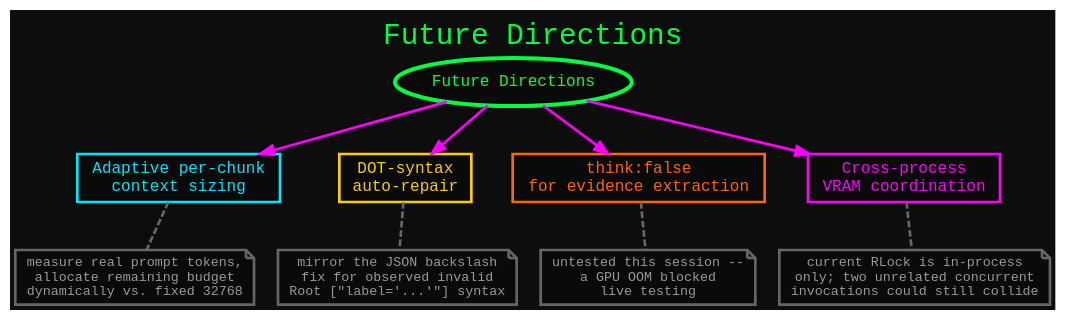
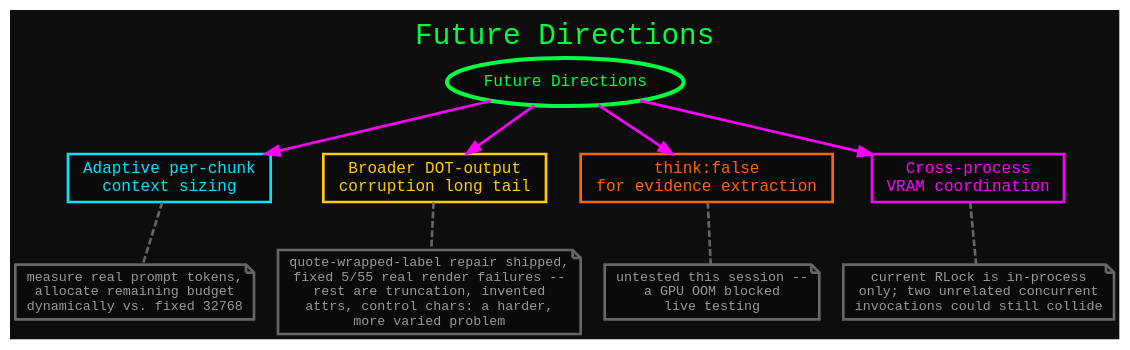
The diagram in diagrams/05_future_directions.dot (danindiana/paper-pipeline), drawn with Graphviz before and after one commit. The commit also changed 8 other files, not shown here.

First line of the commit message:
Add DOT-syntax repair for the quote-wrapped-label pattern

```diff
--- a/diagrams/05_future_directions.dot
+++ b/diagrams/05_future_directions.dot
@@ -1,38 +1,38 @@
 digraph FutureDirections {
   bgcolor="#0d0d0d";
   fontname="Courier New";
   fontcolor="#00FF41";
   rankdir=TB;
   labelloc=t;
   label="Future Directions";
   fontsize=22;
 
   node [shape=box, style=filled, fillcolor="#0a0a0a", color="#00FF41", fontcolor="#00FF41", fontname="Courier New", fontsize=12, penwidth=2];
   edge [color="#FF00FF", penwidth=2.0];
 
   root [label="Future Directions", shape=ellipse, penwidth=3];
 
   f1 [label="Adaptive per-chunk\ncontext sizing", color="#00E5FF", fontcolor="#00E5FF"];
-  f2 [label="DOT-syntax\nauto-repair", color="#ffcc00", fontcolor="#ffcc00"];
+  f2 [label="Broader DOT-output\ncorruption long tail", color="#ffcc00", fontcolor="#ffcc00"];
   f3 [label="think:false\nfor evidence extraction", color="#ff6600", fontcolor="#ff6600"];
   f4 [label="Cross-process\nVRAM coordination", color="#FF00FF", fontcolor="#FF00FF"];
 
   root -> f1;
   root -> f2;
   root -> f3;
   root -> f4;
 
   n1 [shape=note, color="#666666", fontcolor="#999999", fontsize=10,
       label="measure real prompt tokens,\nallocate remaining budget\ndynamically vs. fixed 32768"];
   n2 [shape=note, color="#666666", fontcolor="#999999", fontsize=10,
-      label="mirror the JSON backslash\nfix for observed invalid\nRoot [\"label='...'\"] syntax"];
+      label="quote-wrapped-label repair shipped,\nfixed 5/55 real render failures --\nrest are truncation, invented\nattrs, control chars: a harder,\nmore varied problem"];
   n3 [shape=note, color="#666666", fontcolor="#999999", fontsize=10,
       label="untested this session --\na GPU OOM blocked\nlive testing"];
   n4 [shape=note, color="#666666", fontcolor="#999999", fontsize=10,
       label="current RLock is in-process\nonly; two unrelated concurrent\ninvocations could still collide"];
 
   f1 -> n1 [style=dashed, color="#666666", arrowhead=none];
   f2 -> n2 [style=dashed, color="#666666", arrowhead=none];
   f3 -> n3 [style=dashed, color="#666666", arrowhead=none];
   f4 -> n4 [style=dashed, color="#666666", arrowhead=none];
 }
```
